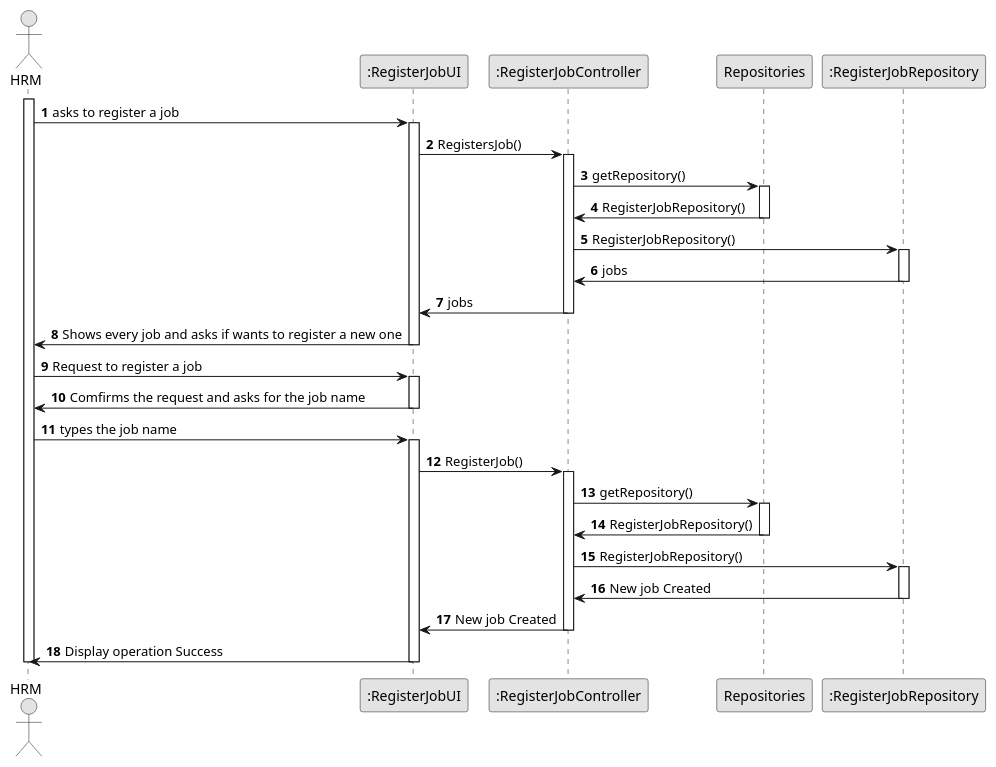
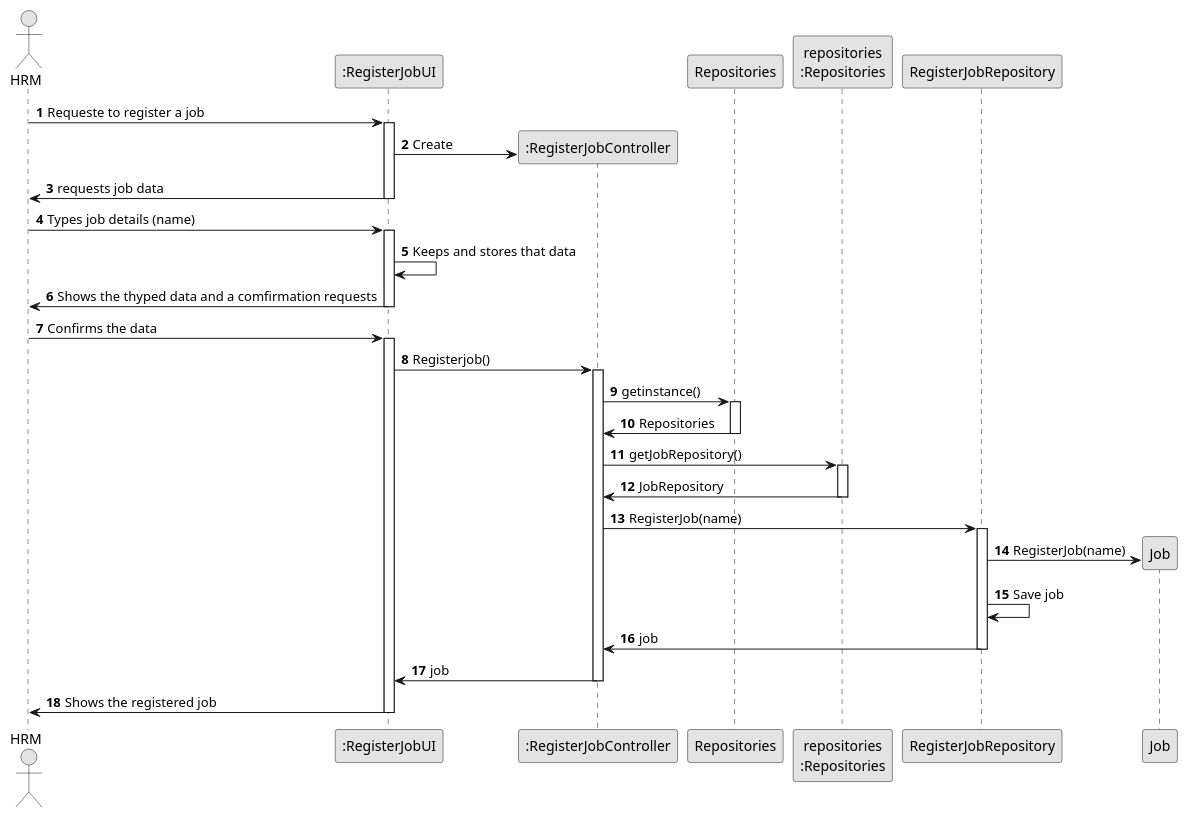
Before and after one commit to Departamento-de-Engenharia-Informatica/lei-24-s2-1dm-g132: the diagram in docs/sprintB/us002/03.design/puml/us002-sequence-diagram-ui-controller-overview.puml, drawn with PlantUML. The commit also changed other lines of this file, not shown here.

Commit message:
Changes in the us002 sequence diagram

```diff
--- a/docs/sprintB/us002/03.design/puml/us002-sequence-diagram-ui-controller-overview.puml
+++ b/docs/sprintB/us002/03.design/puml/us002-sequence-diagram-ui-controller-overview.puml
@@ -1,55 +1,52 @@
 @startuml
-    skinparam monochrome true
-    skinparam packageStyle rectangle
-    skinparam shadowing false
+skinparam monochrome true
+skinparam packageStyle rectangle
+skinparam shadowing false
 
-    autonumber
+autonumber
 
-    'hide footbox
-    actor "HRM" as USER
-    participant ":RegisterJobUI" as RegisterJobUI
-    participant ":RegisterJobController" as RegisterJobController
-    participant "Repositories" as Repositories
-    participant ":RegisterJobRepository" as RegisterJobRepository
+'hide footbox
+actor "HRM" as USER
+
+participant ":RegisterJobUI" as RegisterJobUI
+participant ":RegisterJobController" as RegisterJobController
+participant "Repositories" as Repositories
+participant "repositories\n:Repositories" as repRep
+participant "RegisterJobRepository" as RegisterJobRepository
+participant "Job" as Job
+
+USER -> RegisterJobUI : Requeste to register a job
+activate RegisterJobUI
+RegisterJobUI -> RegisterJobController** : Create
+RegisterJobUI -> USER : requests job data
+deactivate RegisterJobUI
+USER -> RegisterJobUI : Types job details (name)
+activate RegisterJobUI
+RegisterJobUI -> RegisterJobUI : Keeps and stores that data
+RegisterJobUI -> USER : Shows the thyped data and a comfirmation requests
+deactivate RegisterJobUI
+USER -> RegisterJobUI : Confirms the data
+activate RegisterJobUI
+RegisterJobUI -> RegisterJobController : Registerjob()
+activate RegisterJobController
+RegisterJobController -> Repositories : getinstance()
+activate Repositories
+Repositories -> RegisterJobController : Repositories
+deactivate Repositories
+RegisterJobController -> repRep : getJobRepository()
+activate repRep
+repRep -> RegisterJobController : JobRepository
+deactivate repRep
+RegisterJobController -> RegisterJobRepository : RegisterJob(name)
+activate RegisterJobRepository
+RegisterJobRepository -> Job** : RegisterJob(name)
+RegisterJobRepository -> RegisterJobRepository : Save job
+RegisterJobRepository -> RegisterJobController : job
+deactivate RegisterJobRepository
+RegisterJobController -> RegisterJobUI : job
+deactivate RegisterJobController
+RegisterJobUI -> USER : Shows the registered job
+deactivate RegisterJobUI
 
 
-    activate USER
-    USER -> RegisterJobUI : asks to register a job
-    activate RegisterJobUI
-    RegisterJobUI -> RegisterJobController : RegistersJob()
-    activate RegisterJobController
-    RegisterJobController -> Repositories: getRepository()
-    activate Repositories
-    Repositories -> RegisterJobController : RegisterJobRepository()
-    deactivate Repositories
-    RegisterJobController -> RegisterJobRepository: RegisterJobRepository()
-    activate RegisterJobRepository
-    RegisterJobRepository -> RegisterJobController : jobs
-    deactivate RegisterJobRepository
-    RegisterJobController -> RegisterJobUI : jobs
-    deactivate RegisterJobController
-    RegisterJobUI -> USER : Shows every job and asks if wants to register a new one
-    deactivate RegisterJobUI
-    USER -> RegisterJobUI : Request to register a job
-    activate RegisterJobUI
-    RegisterJobUI -> USER : Comfirms the request and asks for the job name
-    deactivate RegisterJobUI
-    USER -> RegisterJobUI : types the job name
-    activate RegisterJobUI
-    RegisterJobUI -> RegisterJobController : RegisterJob()
-    activate RegisterJobController
-    RegisterJobController -> Repositories: getRepository()
-    activate Repositories
-    Repositories -> RegisterJobController : RegisterJobRepository()
-    deactivate Repositories
-    RegisterJobController -> RegisterJobRepository: RegisterJobRepository()
-    activate RegisterJobRepository
-    RegisterJobRepository -> RegisterJobController : New job Created
-    deactivate RegisterJobRepository
-    RegisterJobController -> RegisterJobUI : New job Created
-    deactivate RegisterJobController
-    RegisterJobUI -> USER : Display operation Success
-    deactivate RegisterJobUI
-    deactivate USER
-
 @enduml
```
